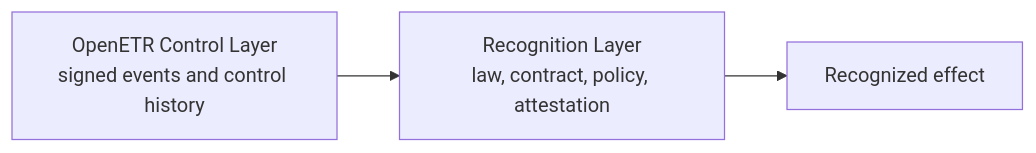
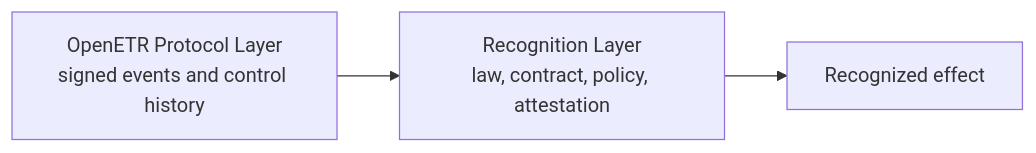
One commit to trbouma/openetr changed the sixth of 7 diagrams in docs/specs/CANONICAL_ETR_TRANSACTION_INFOGRAPHIC.md. Above: the diagram before and after it, drawn with Mermaid. The commit also changed other lines of this file and 99 other files, not shown here.

Commit message:
docs: align OpenETR model around evidence events and consequential state

````diff
--- a/docs/specs/CANONICAL_ETR_TRANSACTION_INFOGRAPHIC.md
+++ b/docs/specs/CANONICAL_ETR_TRANSACTION_INFOGRAPHIC.md
@@ -110,5 +110,5 @@
 ```mermaid
 flowchart LR
-    A["OpenETR Control Layer<br>signed events and control history"] --> B["Recognition Layer<br>law, contract, policy, attestation"]
+    A["OpenETR Protocol Layer<br>signed events and control history"] --> B["Recognition Layer<br>law, contract, policy, attestation"]
     B --> C["Recognized effect"]
 ```
````
